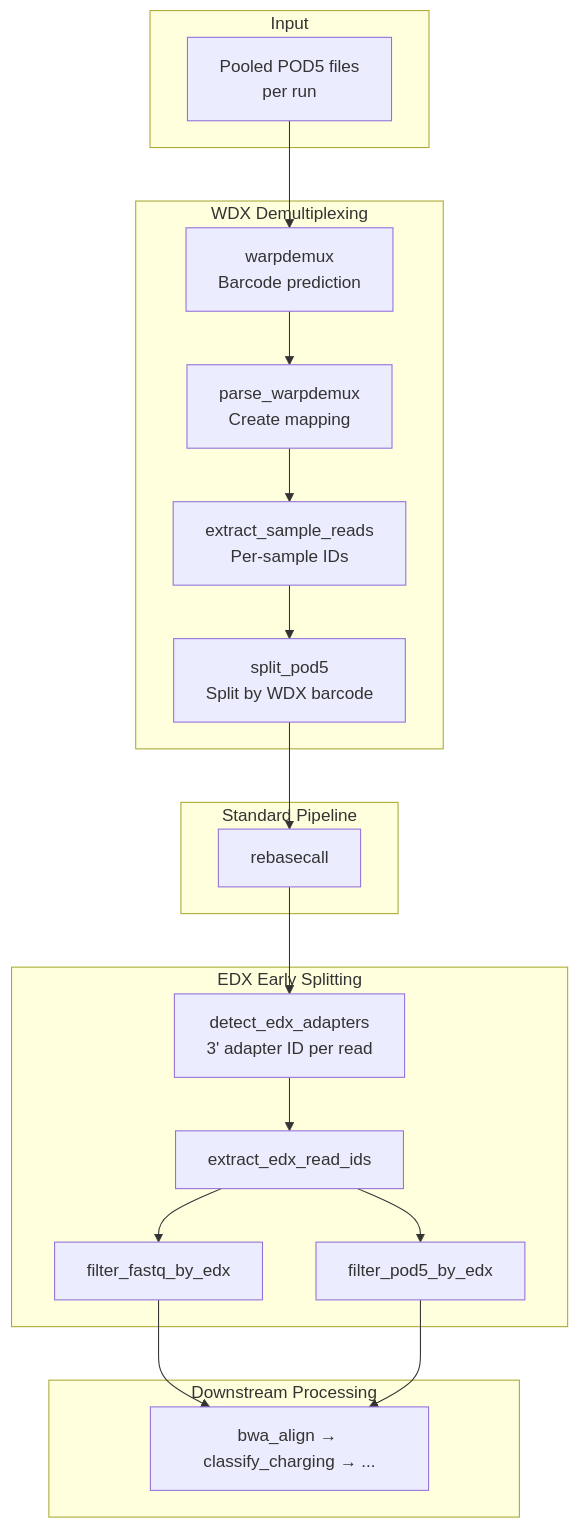
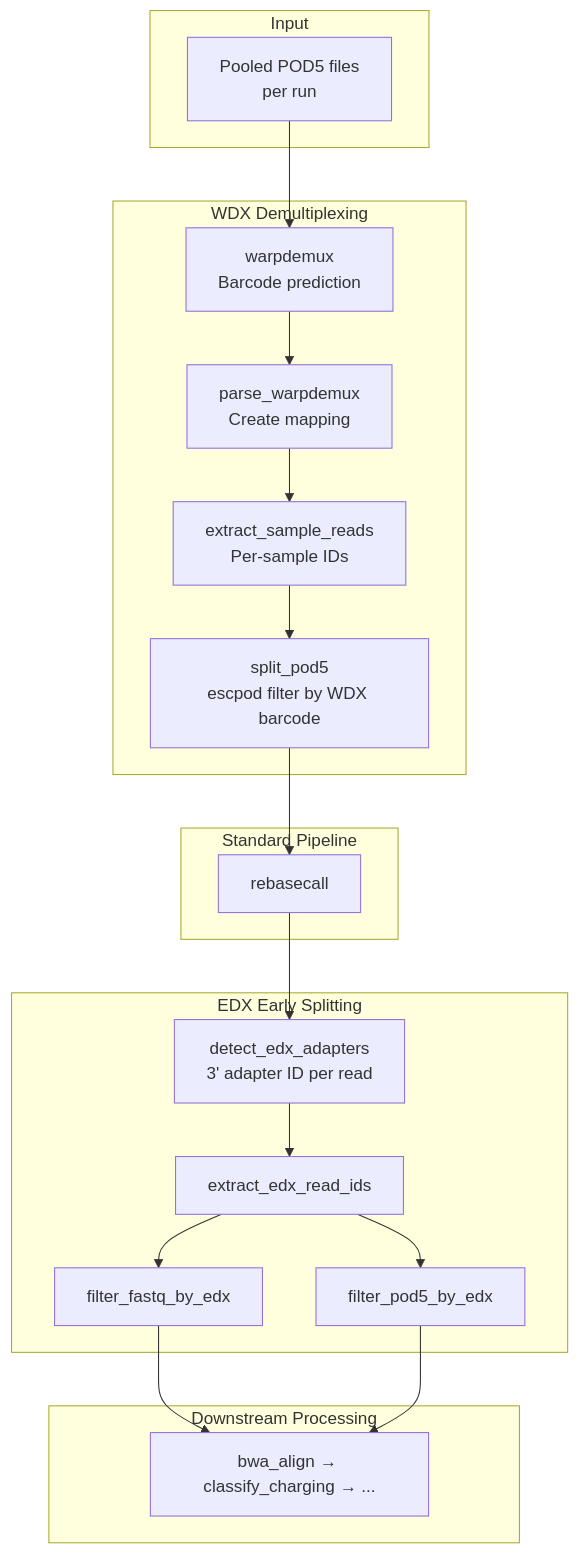
Before and after one commit to rnabioco/aa-tRNA-seq-pipeline: the third of 3 diagrams in docs/workflow/overview.md, drawn with Mermaid. The commit also changed other lines of this file and 24 other files, not shown here.

````diff
--- a/docs/workflow/overview.md
+++ b/docs/workflow/overview.md
@@ -98,32 +103,32 @@
 ```mermaid
 flowchart TB
     subgraph Input
         A[Pooled POD5 files<br/>per run]
     end
 
     subgraph WDX[WDX Demultiplexing]
         B[warpdemux<br/>Barcode prediction]
         C[parse_warpdemux<br/>Create mapping]
         D[extract_sample_reads<br/>Per-sample IDs]
-        E[split_pod5<br/>Split by WDX barcode]
+        E[split_pod5<br/>escpod filter by WDX barcode]
     end
 
     subgraph Standard[Standard Pipeline]
         F[rebasecall]
     end
 
     subgraph EDX[EDX Early Splitting]
         G[detect_edx_adapters<br/>3' adapter ID per read]
         H[extract_edx_read_ids]
         I[filter_fastq_by_edx]
         J[filter_pod5_by_edx]
     end
 
     subgraph Downstream[Downstream Processing]
         K[bwa_align → classify_charging → ...]
     end
 
     A --> B --> C --> D --> E --> F --> G --> H
     H --> I --> K
     H --> J --> K
 ```
````
